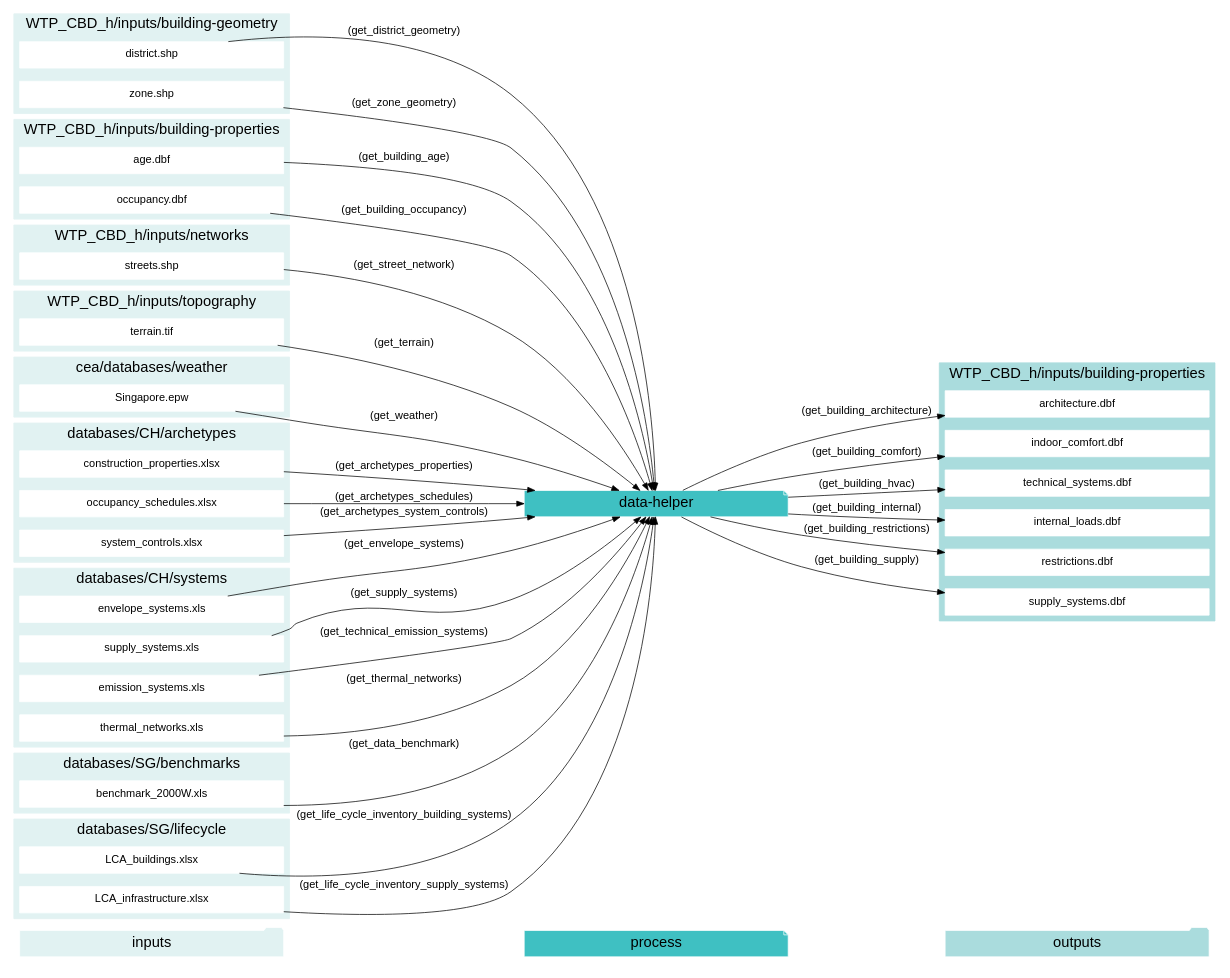
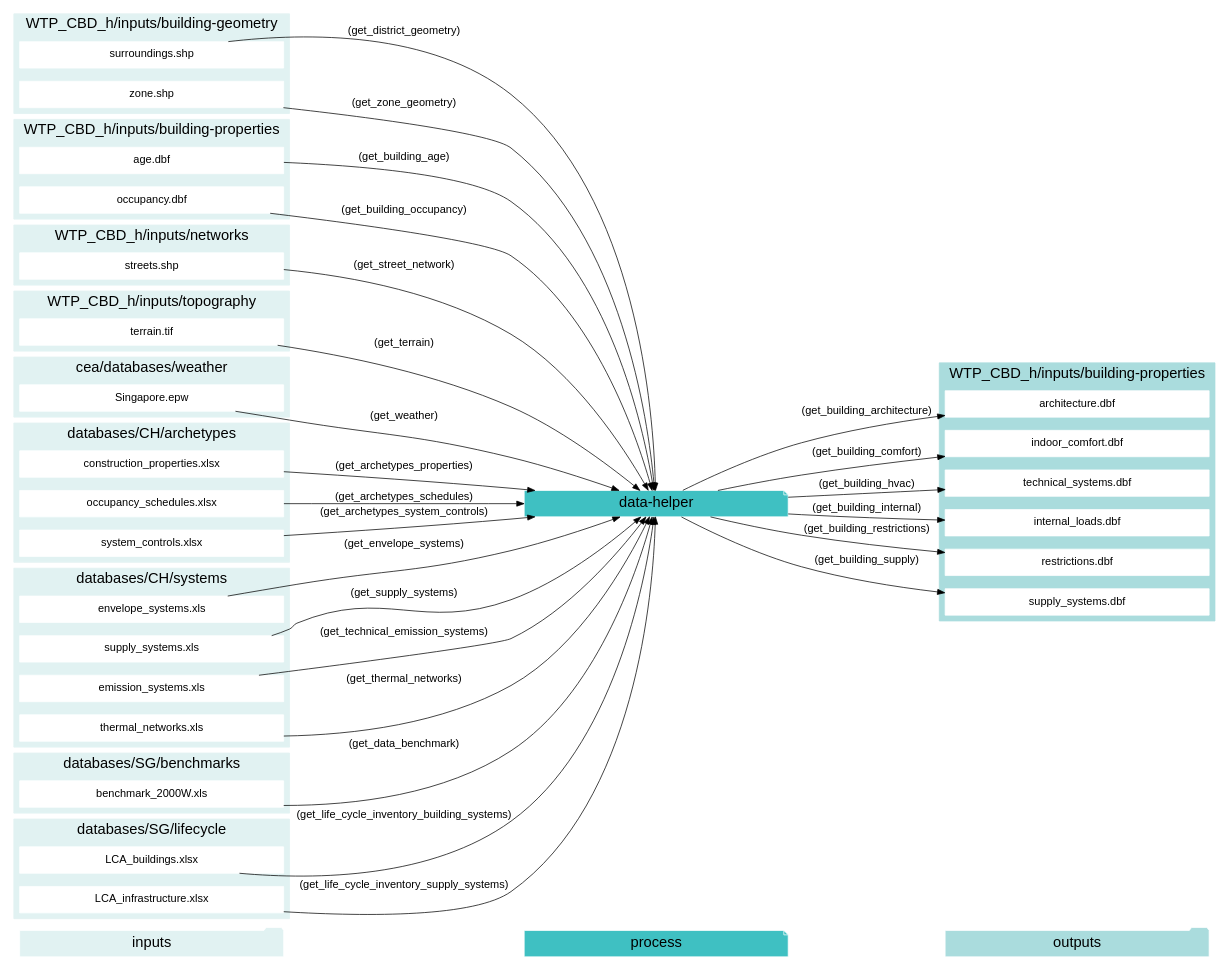
The diagram in docs/graphviz/data-helper.gv (architecture-building-systems/CityEnergyAnalyst), drawn with Graphviz before and after one commit. The commit also changed 40 other files, not shown here.

Commit message:
renaming district to surroundings

```diff
--- a/docs/graphviz/data-helper.gv
+++ b/docs/graphviz/data-helper.gv
@@ -1,133 +1,133 @@
 digraph trace_inputlocator {
     rankdir="LR";
     graph [overlap=false, fontname=arial];
     node [shape=box, style=filled, color=white, fontsize=15, fontname=arial, fixedsize=true, width=5];
     edge [fontname=arial, fontsize = 15]
     newrank=true
     subgraph cluster_legend {
     fontsize=25
     style=invis
     "process"[style=filled, fillcolor="#3FC0C2", shape=note, fontsize=20, fontname="arial"]
     "inputs" [style=filled, shape=folder, color=white, fillcolor="#E1F2F2", fontsize=20]
     "outputs"[style=filled, shape=folder, color=white, fillcolor="#aadcdd", fontsize=20]
     "inputs"->"process"[style=invis]
     "process"->"outputs"[style=invis]
     }
     "data-helper"[style=filled, color=white, fillcolor="#3FC0C2", shape=note, fontsize=20, fontname=arial];
     subgraph cluster_0_in {
         style = filled;
         color = "#E1F2F2";
         fontsize = 20;
         rank=same;
         label="WTP_CBD_h/inputs/building-geometry";
-        "district.shp"
+        "surroundings.shp"
         "zone.shp"
     }
     subgraph cluster_1_in {
         style = filled;
         color = "#E1F2F2";
         fontsize = 20;
         rank=same;
         label="WTP_CBD_h/inputs/building-properties";
         "age.dbf"
         "occupancy.dbf"
     }
     subgraph cluster_1_out {
         style = filled;
         color = "#aadcdd";
         fontsize = 20;
         rank=same;
         label="WTP_CBD_h/inputs/building-properties";
         "architecture.dbf"
         "indoor_comfort.dbf"
         "technical_systems.dbf"
         "internal_loads.dbf"
         "restrictions.dbf"
         "supply_systems.dbf"
     }
     subgraph cluster_2_in {
         style = filled;
         color = "#E1F2F2";
         fontsize = 20;
         rank=same;
         label="WTP_CBD_h/inputs/networks";
         "streets.shp"
     }
     subgraph cluster_3_in {
         style = filled;
         color = "#E1F2F2";
         fontsize = 20;
         rank=same;
         label="WTP_CBD_h/inputs/topography";
         "terrain.tif"
     }
     subgraph cluster_4_in {
         style = filled;
         color = "#E1F2F2";
         fontsize = 20;
         rank=same;
         label="cea/databases/weather";
         "Singapore.epw"
     }
     subgraph cluster_5_in {
         style = filled;
         color = "#E1F2F2";
         fontsize = 20;
         rank=same;
         label="databases/CH/archetypes";
         "construction_properties.xlsx"
         "occupancy_schedules.xlsx"
         "system_controls.xlsx"
     }
     subgraph cluster_6_in {
         style = filled;
         color = "#E1F2F2";
         fontsize = 20;
         rank=same;
         label="databases/CH/systems";
         "envelope_systems.xls"
         "supply_systems.xls"
         "emission_systems.xls"
         "thermal_networks.xls"
     }
     subgraph cluster_7_in {
         style = filled;
         color = "#E1F2F2";
         fontsize = 20;
         rank=same;
         label="databases/SG/benchmarks";
         "benchmark_2000W.xls"
     }
     subgraph cluster_8_in {
         style = filled;
         color = "#E1F2F2";
         fontsize = 20;
         rank=same;
         label="databases/SG/lifecycle";
         "LCA_buildings.xlsx"
         "LCA_infrastructure.xlsx"
     }
     "construction_properties.xlsx" -> "data-helper"[label="(get_archetypes_properties)"]
     "occupancy_schedules.xlsx" -> "data-helper"[label="(get_archetypes_schedules)"]
     "system_controls.xlsx" -> "data-helper"[label="(get_archetypes_system_controls)"]
     "age.dbf" -> "data-helper"[label="(get_building_age)"]
     "occupancy.dbf" -> "data-helper"[label="(get_building_occupancy)"]
     "benchmark_2000W.xls" -> "data-helper"[label="(get_data_benchmark)"]
-    "district.shp" -> "data-helper"[label="(get_district_geometry)"]
+    "surroundings.shp" -> "data-helper"[label="(get_district_geometry)"]
     "envelope_systems.xls" -> "data-helper"[label="(get_envelope_systems)"]
     "LCA_buildings.xlsx" -> "data-helper"[label="(get_life_cycle_inventory_building_systems)"]
     "LCA_infrastructure.xlsx" -> "data-helper"[label="(get_life_cycle_inventory_supply_systems)"]
     "streets.shp" -> "data-helper"[label="(get_street_network)"]
     "supply_systems.xls" -> "data-helper"[label="(get_supply_systems)"]
     "emission_systems.xls" -> "data-helper"[label="(get_technical_emission_systems)"]
     "terrain.tif" -> "data-helper"[label="(get_terrain)"]
     "thermal_networks.xls" -> "data-helper"[label="(get_thermal_networks)"]
     "Singapore.epw" -> "data-helper"[label="(get_weather)"]
     "zone.shp" -> "data-helper"[label="(get_zone_geometry)"]
     "data-helper" -> "architecture.dbf"[label="(get_building_architecture)"]
     "data-helper" -> "indoor_comfort.dbf"[label="(get_building_comfort)"]
     "data-helper" -> "technical_systems.dbf"[label="(get_building_hvac)"]
     "data-helper" -> "internal_loads.dbf"[label="(get_building_internal)"]
     "data-helper" -> "restrictions.dbf"[label="(get_building_restrictions)"]
     "data-helper" -> "supply_systems.dbf"[label="(get_building_supply)"]
     }
```
